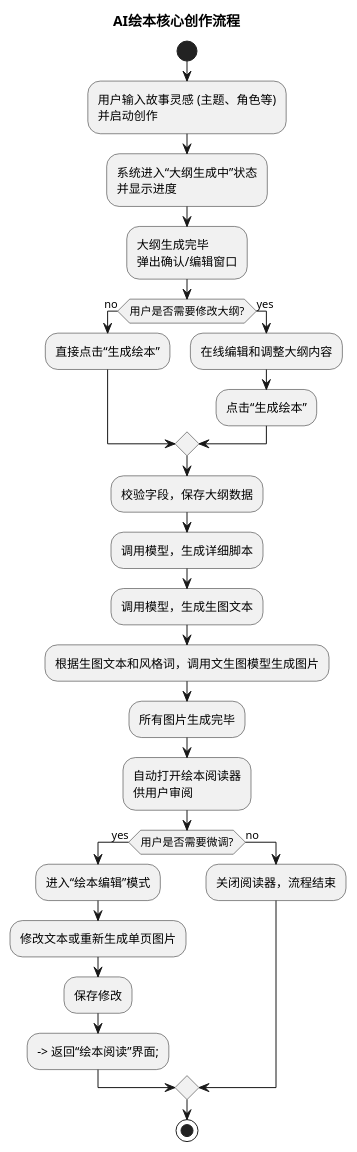
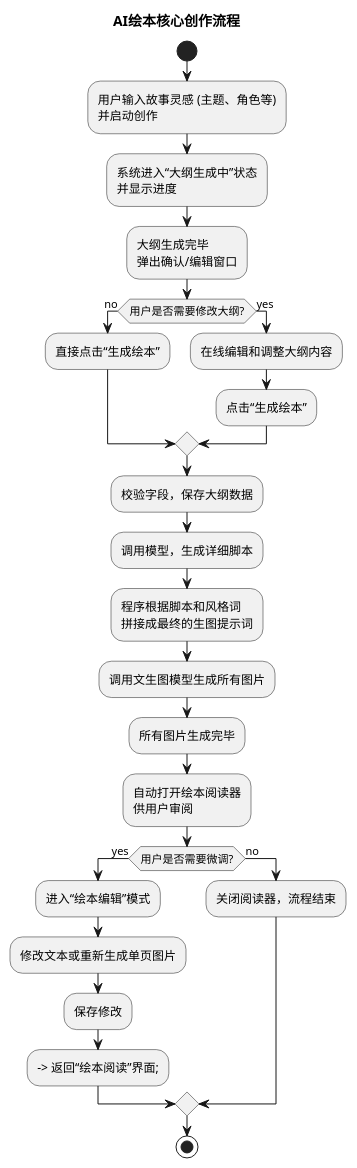
Before and after one commit to songwb89/Storybooks: the first of 4 diagrams in AI绘本功能需求文档.md, drawn with PlantUML. The commit also changed other lines of this file and 4 other files, not shown here.

````diff
--- a/AI绘本功能需求文档.md
+++ b/AI绘本功能需求文档.md
@@ -28,38 +28,38 @@
 ```plantuml
 @startuml
 title AI绘本核心创作流程
 
 start
 
 :用户输入故事灵感 (主题、角色等)\n并启动创作;
 
 :系统进入“大纲生成中”状态\n并显示进度;
 
 :大纲生成完毕\n弹出确认/编辑窗口;
 
 if (用户是否需要修改大纲?) then (no)
   :直接点击“生成绘本”;
 else (yes)
   :在线编辑和调整大纲内容;
   :点击“生成绘本”;
 endif
 :校验字段，保存大纲数据;
 :调用模型，生成详细脚本;
-:调用模型，生成生图文本;
-:根据生图文本和风格词，调用文生图模型生成图片;
+:程序根据脚本和风格词\n拼接成最终的生图提示词;
+:调用文生图模型生成所有图片;
 :所有图片生成完毕;
 
 :自动打开绘本阅读器\n供用户审阅;
 
 if (用户是否需要微调?) then (yes)
   :进入“绘本编辑”模式;
   :修改文本或重新生成单页图片;
   :保存修改;
   --> 返回“绘本阅读”界面;
 else (no)
   :关闭阅读器，流程结束;
 endif
 
 stop
 @enduml
 ```
````
